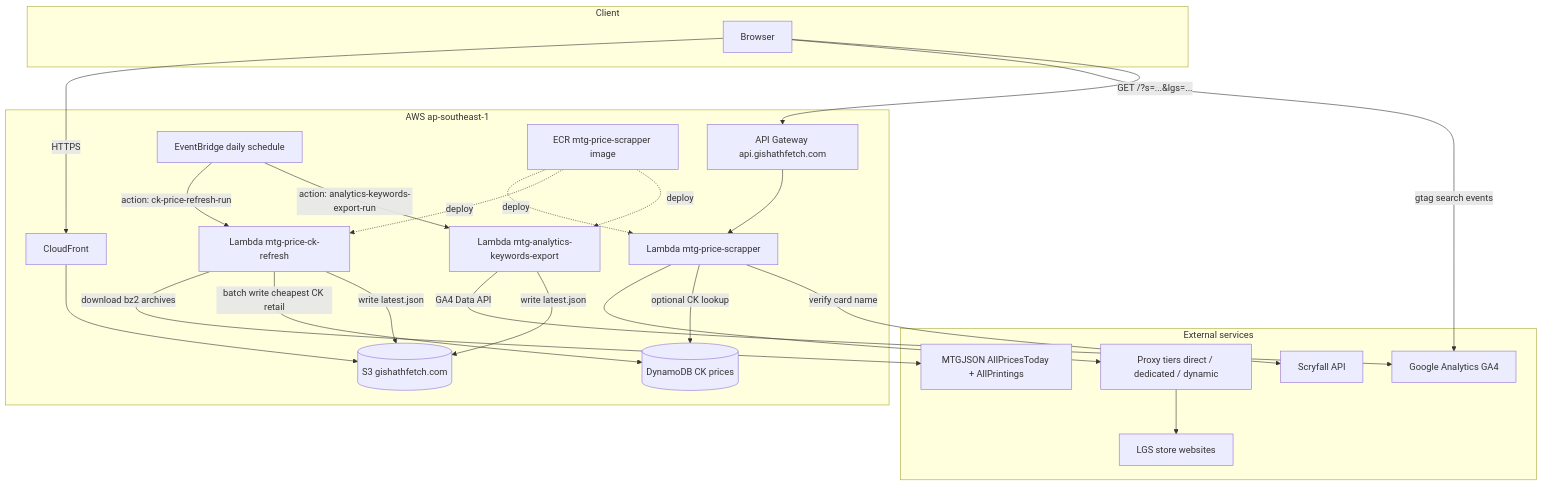
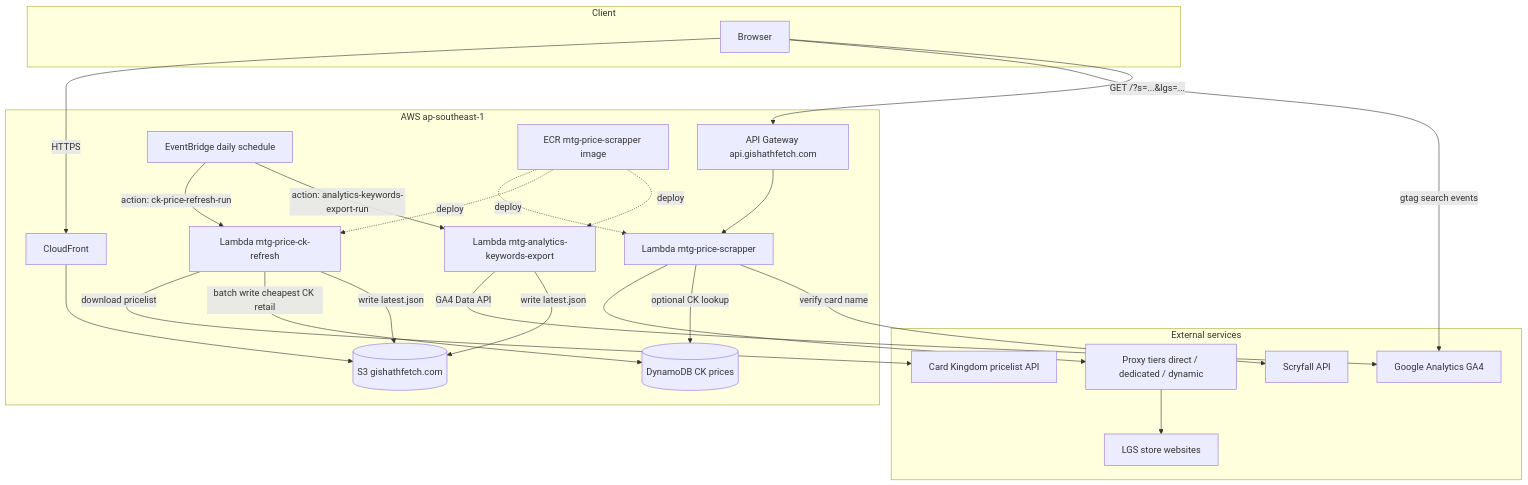
One commit to xenodus/gishathfetch changed the first of 4 diagrams in README.md. Above: the diagram before and after it, drawn with Mermaid. The commit also changed other lines of this file and 9 other files, not shown here.

First line of the commit message:
Swap CK price refresh from MTGJSON to Card Kingdom pricelist API (#283)

````diff
--- a/README.md
+++ b/README.md
@@ -28,46 +28,46 @@
 ```mermaid
 flowchart TB
     subgraph client["Client"]
         Browser[Browser]
     end
 
     subgraph aws["AWS ap-southeast-1"]
         CF[CloudFront]
         S3[(S3 gishathfetch.com)]
         AGW[API Gateway api.gishathfetch.com]
         SearchLambda[Lambda mtg-price-scrapper]
         RefreshLambda[Lambda mtg-price-ck-refresh]
         AnalyticsLambda[Lambda mtg-analytics-keywords-export]
         EB[EventBridge daily schedule]
         DDB[(DynamoDB CK prices)]
         ECR[ECR mtg-price-scrapper image]
     end
 
     subgraph external["External services"]
         LGS[LGS store websites]
         Proxies[Proxy tiers direct / dedicated / dynamic]
-        MTGJSON[MTGJSON AllPricesToday + AllPrintings]
+        CKAPI[Card Kingdom pricelist API]
         Scryfall[Scryfall API]
         GA4[Google Analytics GA4]
     end
 
     Browser -->|HTTPS| CF
     CF --> S3
     Browser -->|gtag search events| GA4
     Browser -->|GET /?s=...&lgs=...| AGW
     AGW --> SearchLambda
     SearchLambda --> Proxies
     Proxies --> LGS
     SearchLambda -->|optional CK lookup| DDB
     SearchLambda -->|verify card name| Scryfall
     EB -->|action: ck-price-refresh-run| RefreshLambda
-    RefreshLambda -->|download bz2 archives| MTGJSON
+    RefreshLambda -->|download pricelist| CKAPI
     RefreshLambda -->|batch write cheapest CK retail| DDB
     RefreshLambda -->|write latest.json| S3
     EB -->|action: analytics-keywords-export-run| AnalyticsLambda
     AnalyticsLambda -->|GA4 Data API| GA4
     AnalyticsLambda -->|write latest.json| S3
     ECR -.->|deploy| SearchLambda
     ECR -.->|deploy| RefreshLambda
     ECR -.->|deploy| AnalyticsLambda
 ```
````
